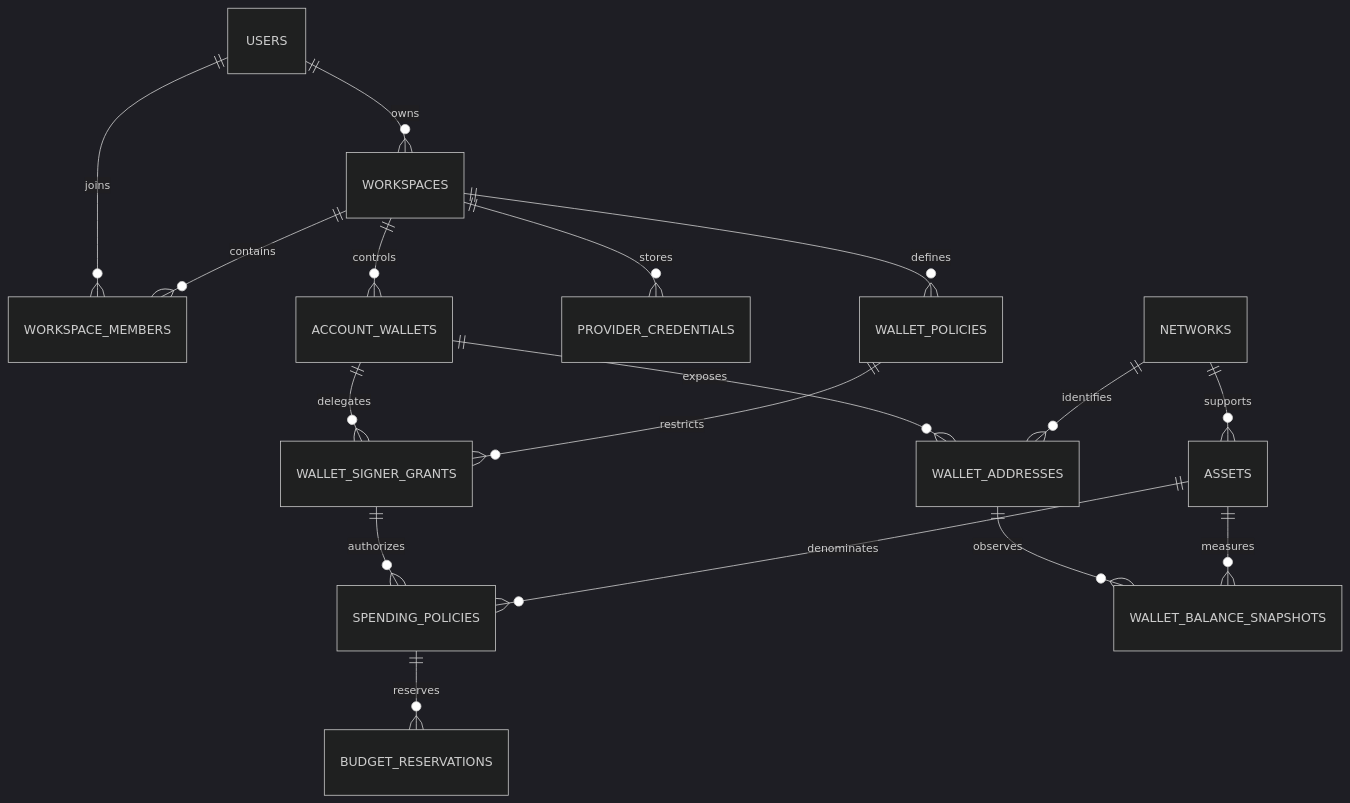
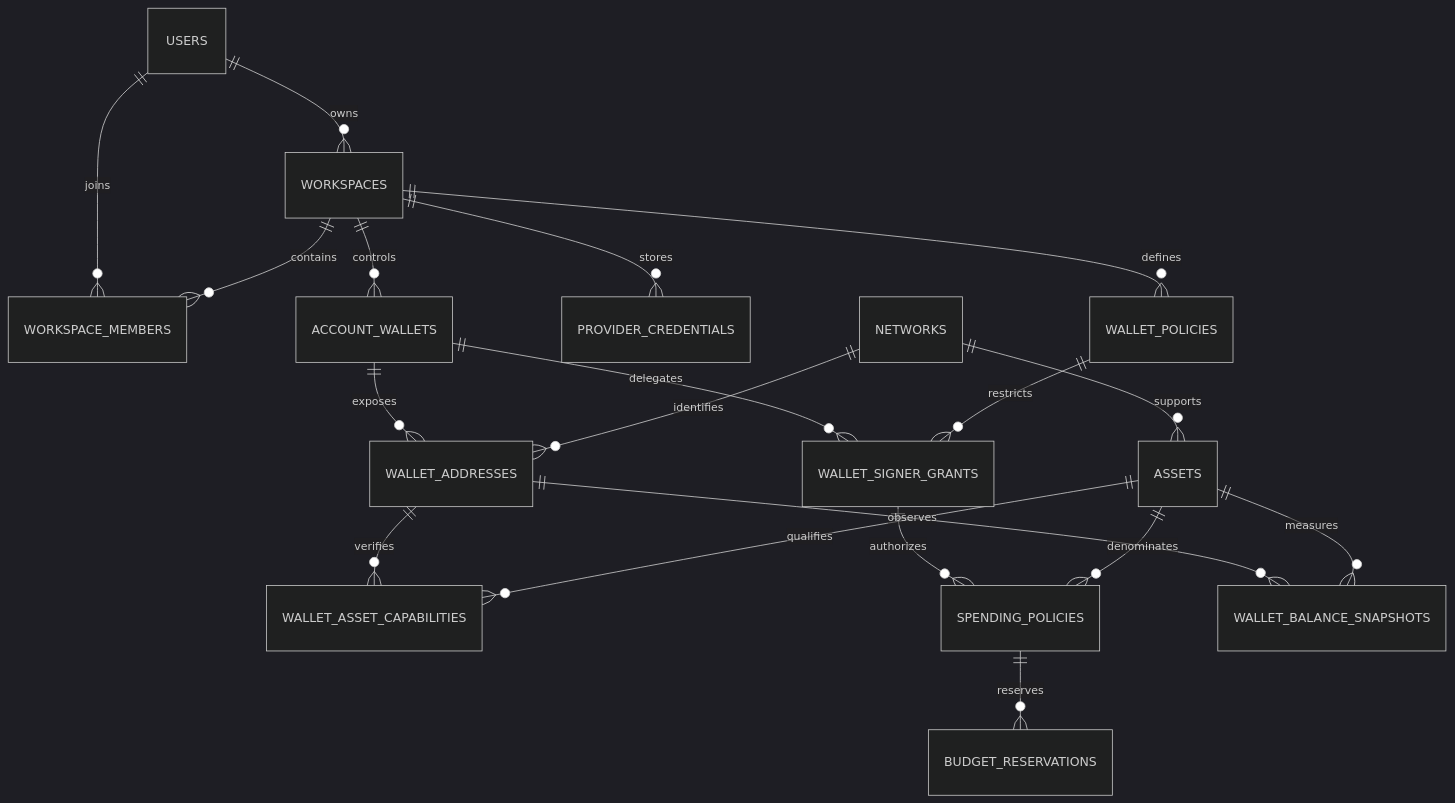
Before and after one commit to MrGood4U/sprue_hackathon: the first of 3 diagrams in data-model.md, drawn with Mermaid (dark theme). The commit also changed other lines of this file and 6 other files, not shown here.

````diff
--- a/data-model.md
+++ b/data-model.md
@@ -98,19 +99,21 @@
 ```mermaid
 erDiagram
     USERS ||--o{ WORKSPACES : owns
     USERS ||--o{ WORKSPACE_MEMBERS : joins
     WORKSPACES ||--o{ WORKSPACE_MEMBERS : contains
     WORKSPACES ||--o{ ACCOUNT_WALLETS : controls
     WORKSPACES ||--o{ PROVIDER_CREDENTIALS : stores
     ACCOUNT_WALLETS ||--o{ WALLET_ADDRESSES : exposes
     WORKSPACES ||--o{ WALLET_POLICIES : defines
     ACCOUNT_WALLETS ||--o{ WALLET_SIGNER_GRANTS : delegates
     WALLET_POLICIES ||--o{ WALLET_SIGNER_GRANTS : restricts
     NETWORKS ||--o{ WALLET_ADDRESSES : identifies
     NETWORKS ||--o{ ASSETS : supports
+    WALLET_ADDRESSES ||--o{ WALLET_ASSET_CAPABILITIES : verifies
+    ASSETS ||--o{ WALLET_ASSET_CAPABILITIES : qualifies
     WALLET_SIGNER_GRANTS ||--o{ SPENDING_POLICIES : authorizes
     SPENDING_POLICIES ||--o{ BUDGET_RESERVATIONS : reserves
     WALLET_ADDRESSES ||--o{ WALLET_BALANCE_SNAPSHOTS : observes
     ASSETS ||--o{ SPENDING_POLICIES : denominates
     ASSETS ||--o{ WALLET_BALANCE_SNAPSHOTS : measures
 ```
````
